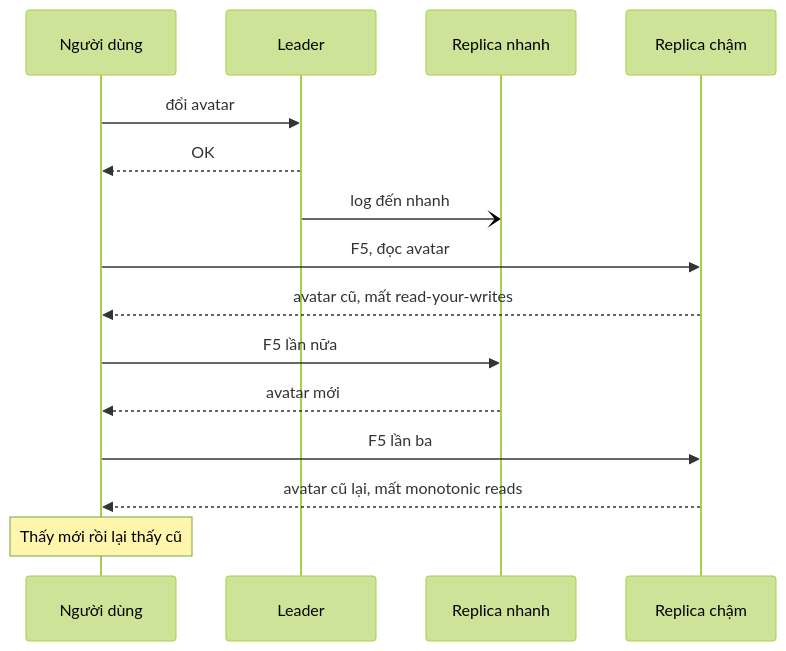
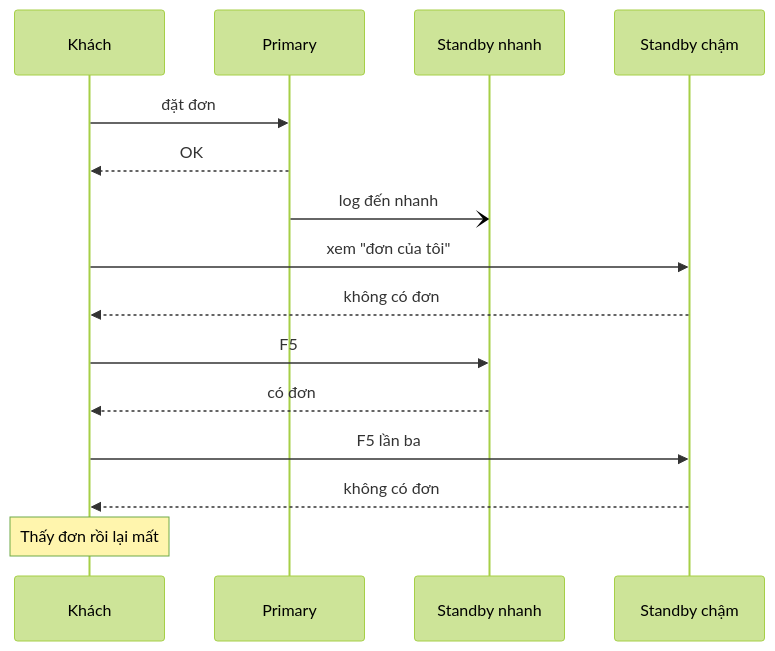
The third of 7 diagrams in docs/12-he-thong-du-lieu/05-replication.md (pirumu/irust), drawn with Mermaid (forest theme) before and after one commit. The commit also changed other lines of this file and 27 other files, not shown here.

````diff
--- a/docs/12-he-thong-du-lieu/05-replication.md
+++ b/docs/12-he-thong-du-lieu/05-replication.md
@@ -171,17 +227,17 @@
 ```mermaid
 sequenceDiagram
-  participant U as Người dùng
-  participant L as Leader
-  participant F1 as Replica nhanh
-  participant F2 as Replica chậm
-  U->>L: đổi avatar
+  participant U as Khách
+  participant L as Primary
+  participant F1 as Standby nhanh
+  participant F2 as Standby chậm
+  U->>L: đặt đơn #42
   L-->>U: OK
   L-)F1: log đến nhanh
-  U->>F2: F5, đọc avatar
-  F2-->>U: avatar cũ, mất read-your-writes
-  U->>F1: F5 lần nữa
-  F1-->>U: avatar mới
+  U->>F2: xem "đơn của tôi"
+  F2-->>U: không có đơn #42, mất read-your-writes
+  U->>F1: F5
+  F1-->>U: có đơn #42
   U->>F2: F5 lần ba
-  F2-->>U: avatar cũ lại, mất monotonic reads
-  Note over U: Thấy mới rồi lại thấy cũ
+  F2-->>U: không có đơn #42, mất monotonic reads
+  Note over U: Thấy đơn rồi lại mất
 ```
````
